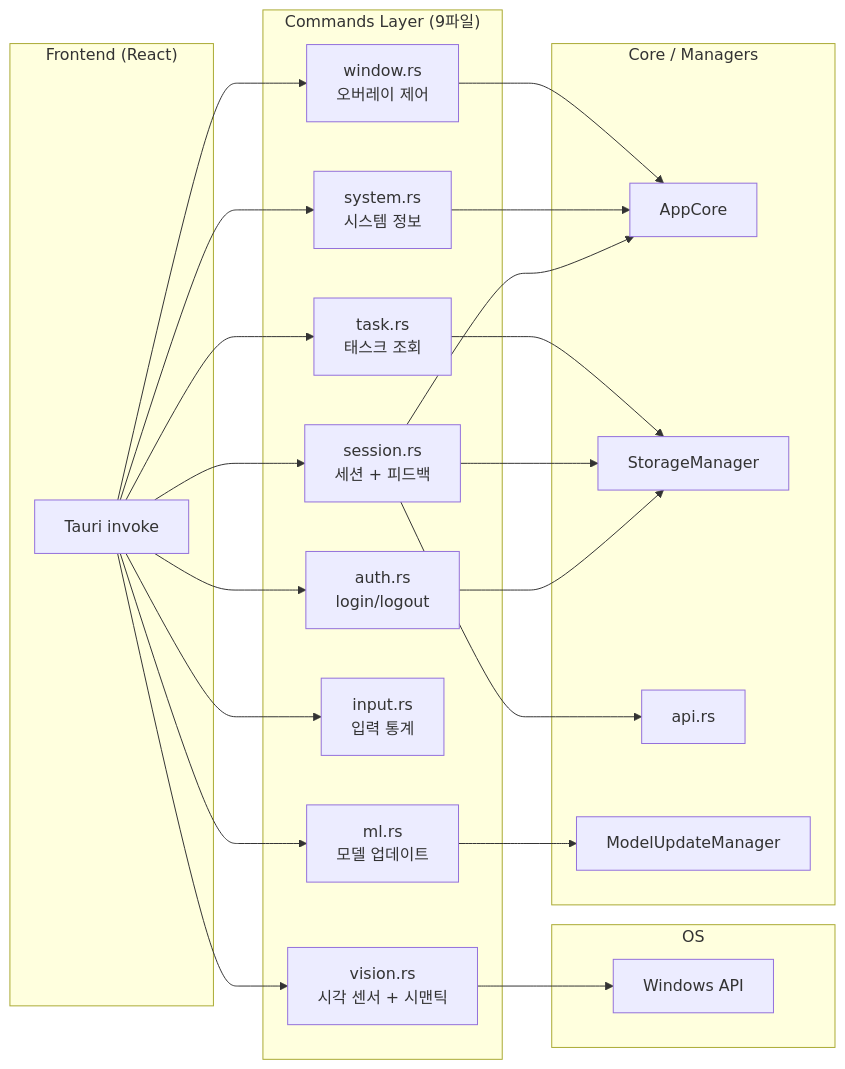
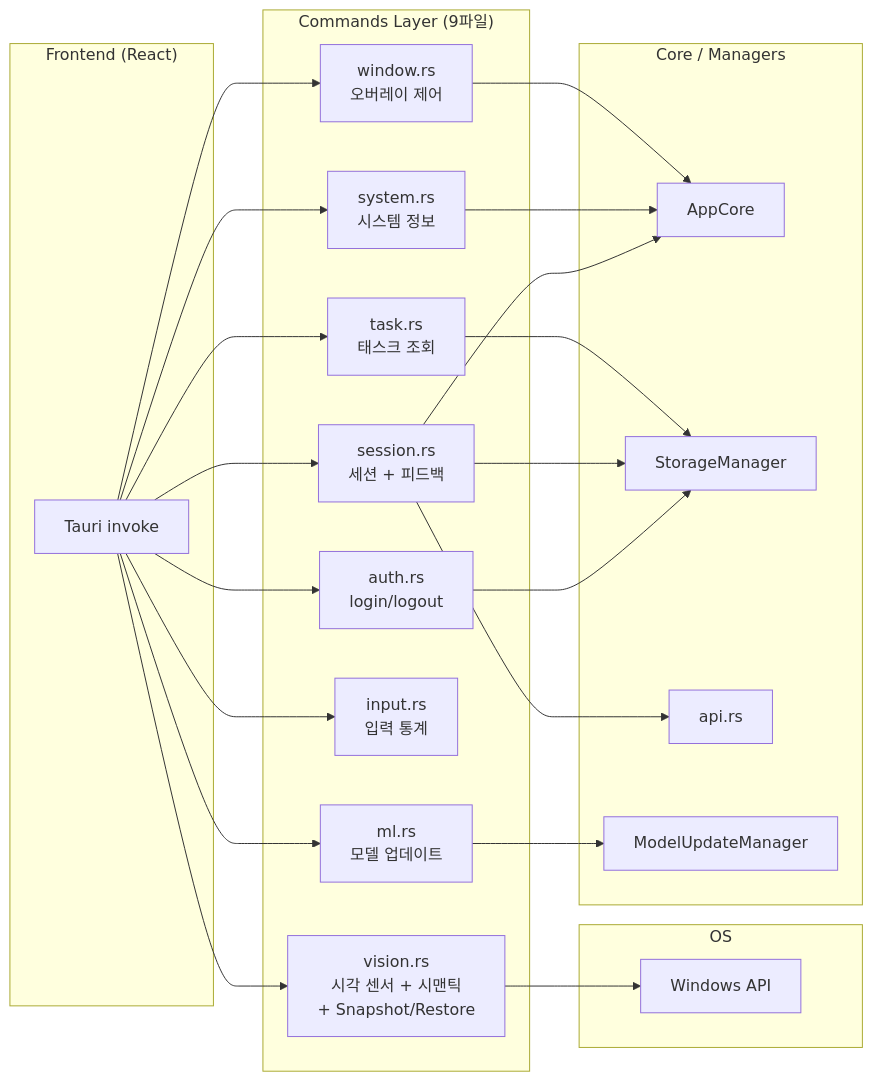
Before and after one commit to igoobo/Force-Focus: the first of 4 diagrams in desktop-agent/docs/02-backend/commands.md, drawn with Mermaid. The commit also changed other lines of this file and 13 other files, not shown here.

````diff
--- a/desktop-agent/docs/02-backend/commands.md
+++ b/desktop-agent/docs/02-backend/commands.md
@@ -11,37 +11,37 @@
 ```mermaid
 graph LR
     subgraph "Frontend (React)"
         FE[Tauri invoke]
     end
 
     subgraph "Commands Layer (9파일)"
         AUTH["auth.rs<br/>login/logout"]
         SESSION["session.rs<br/>세션 + 피드백"]
         TASK["task.rs<br/>태스크 조회"]
         SYS["system.rs<br/>시스템 정보"]
         WIN["window.rs<br/>오버레이 제어"]
         INP["input.rs<br/>입력 통계"]
-        VIS["vision.rs<br/>시각 센서 + 시맨틱"]
+        VIS["vision.rs<br/>시각 센서 + 시맨틱<br/>+ Snapshot/Restore"]
         ML_CMD["ml.rs<br/>모델 업데이트"]
     end
 
     subgraph "Core / Managers"
         AC[AppCore]
         SM[StorageManager]
         API_MOD["api.rs"]
         MUM[ModelUpdateManager]
     end
 
     subgraph "OS"
         WINAPI[Windows API]
     end
 
     FE --> AUTH & SESSION & TASK & SYS & WIN & INP & VIS & ML_CMD
     AUTH --> SM
     SESSION --> SM & AC & API_MOD
     TASK --> SM
     SYS --> AC
     WIN --> AC
     VIS --> WINAPI
     ML_CMD --> MUM
 ```
````
